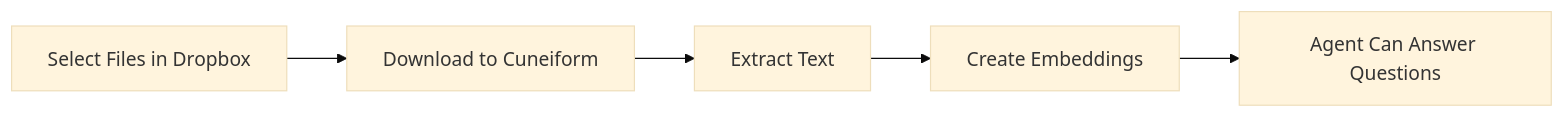
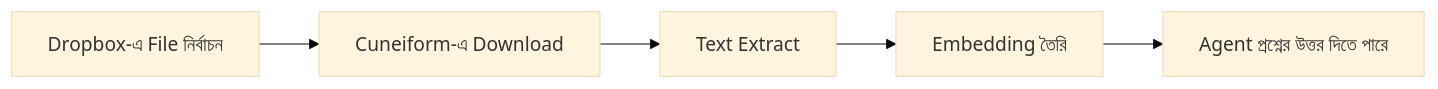
The diagram in content/bn/knowledge-base/dropbox.mdx (cuneiform-chat/docs), drawn with Mermaid (base theme) before and after one commit. The commit also changed other lines of this file and 12 other files, not shown here.

````diff
--- a/content/bn/knowledge-base/dropbox.mdx
+++ b/content/bn/knowledge-base/dropbox.mdx
@@ -67,7 +64,7 @@
 ```mermaid
 graph LR
-    A[Select Files in Dropbox] --> B[Download to Cuneiform]
-    B --> C[Extract Text]
-    C --> D[Create Embeddings]
-    D --> E[Agent Can Answer Questions]
+    A[Dropbox-এ File নির্বাচন] --> B[Cuneiform-এ Download]
+    B --> C[Text Extract]
+    C --> D[Embedding তৈরি]
+    D --> E[Agent প্রশ্নের উত্তর দিতে পারে]
 ```
````
